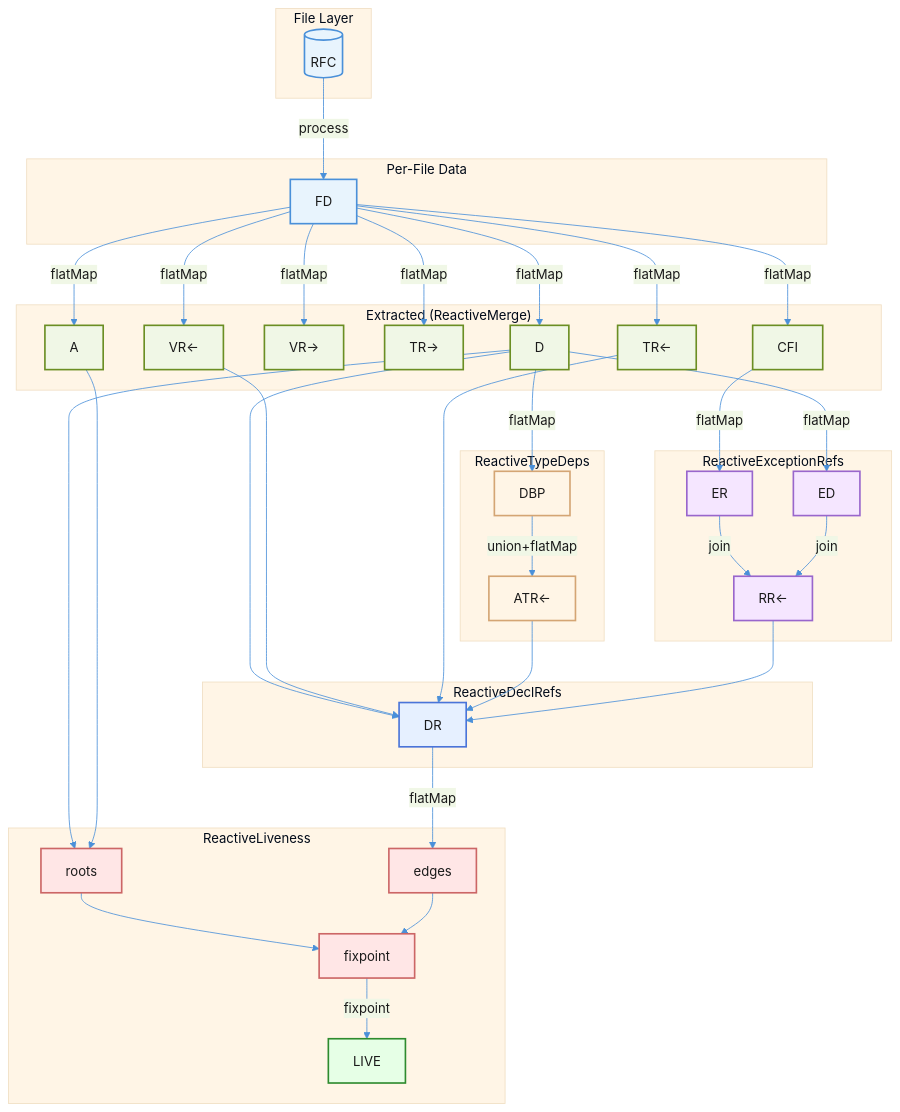
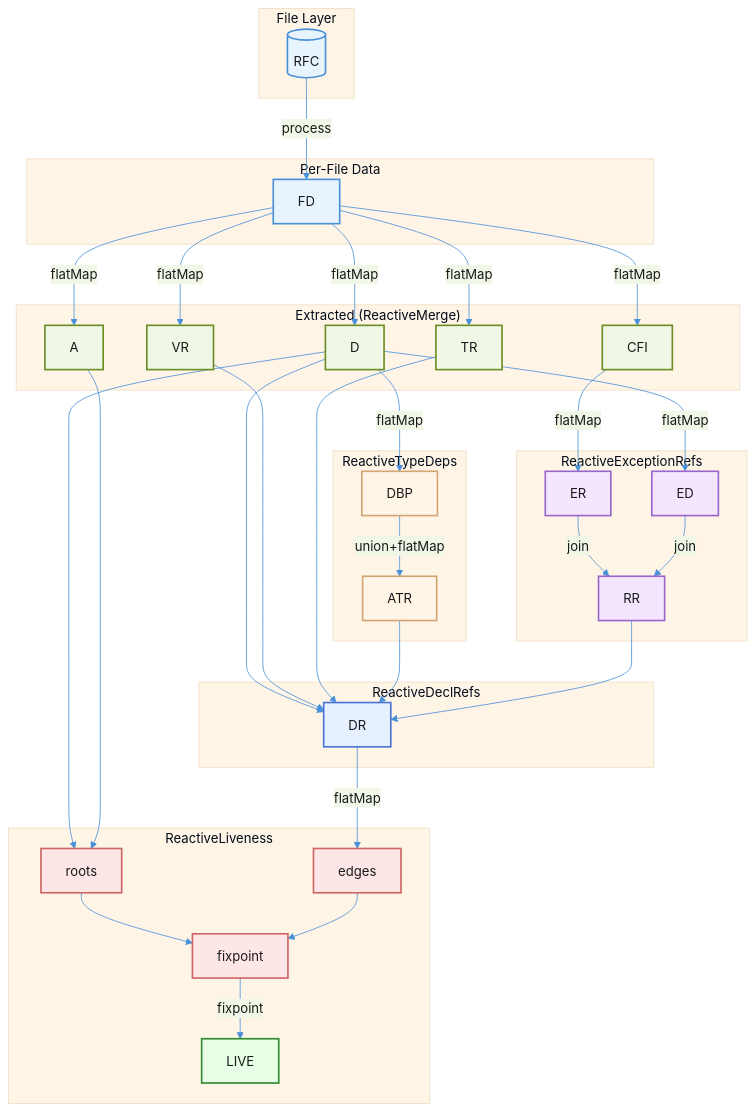
Before and after one commit to rescript-lang/rescript: the diagram in analysis/reanalyze/diagrams/reactive-pipeline.mmd, drawn with Mermaid. The commit also changed 10 other files, not shown here.

```diff
--- a/analysis/reanalyze/diagrams/reactive-pipeline.mmd
+++ b/analysis/reanalyze/diagrams/reactive-pipeline.mmd
@@ -1,88 +1,84 @@
 %%{init: {'theme': 'base', 'themeVariables': { 'primaryColor': '#e8f4fd', 'primaryTextColor': '#1a1a1a', 'primaryBorderColor': '#4a90d9', 'lineColor': '#4a90d9', 'secondaryColor': '#f0f7e6', 'tertiaryColor': '#fff5e6'}}}%%
 flowchart TB
     subgraph FileLayer["File Layer"]
         RFC[("RFC")]
     end
 
     subgraph FileData["Per-File Data"]
         FD["FD"]
     end
 
     subgraph Extracted["Extracted (ReactiveMerge)"]
         DECLS["D"]
         ANNOT["A"]
-        VREFS_TO["VR→"]
-        TREFS_TO["TR→"]
-        VREFS_FROM["VR←"]
-        TREFS_FROM["TR←"]
+        VREFS["VR"]
+        TREFS["TR"]
         CFI["CFI"]
     end
 
     subgraph TypeDeps["ReactiveTypeDeps"]
         DBP["DBP"]
-        ATR["ATR←"]
+        ATR["ATR"]
     end
 
     subgraph ExcDeps["ReactiveExceptionRefs"]
         EXCREF["ER"]
         EXCDECL["ED"]
-        RESOLVED["RR←"]
+        RESOLVED["RR"]
     end
 
     subgraph DeclRefs["ReactiveDeclRefs"]
         DR["DR"]
     end
 
     subgraph Liveness["ReactiveLiveness"]
         ROOTS["roots"]
         EDGES["edges"]
         FP["fixpoint"]
         LIVE["LIVE"]
     end
 
     RFC -->|"process"| FD
     FD -->|"flatMap"| DECLS
     FD -->|"flatMap"| ANNOT
-    FD -->|"flatMap"| VREFS_TO
-    FD -->|"flatMap"| TREFS_TO
-    FD -->|"flatMap"| VREFS_FROM
-    FD -->|"flatMap"| TREFS_FROM
+    FD -->|"flatMap"| VREFS
+    FD -->|"flatMap"| TREFS
     FD -->|"flatMap"| CFI
 
     DECLS -->|"flatMap"| DBP
     DBP -->|"union+flatMap"| ATR
 
     CFI -->|"flatMap"| EXCREF
     DECLS -->|"flatMap"| EXCDECL
     EXCREF -->|"join"| RESOLVED
     EXCDECL -->|"join"| RESOLVED
 
     DECLS --> DR
-    VREFS_FROM --> DR
-    TREFS_FROM --> DR
+    VREFS --> DR
+    TREFS --> DR
     ATR --> DR
     RESOLVED --> DR
 
     DECLS --> ROOTS
     ANNOT --> ROOTS
 
     DR -->|"flatMap"| EDGES
     ROOTS --> FP
     EDGES --> FP
     FP -->|"fixpoint"| LIVE
 
     classDef fileLayer fill:#e8f4fd,stroke:#4a90d9,stroke-width:2px
     classDef extracted fill:#f0f7e6,stroke:#6b8e23,stroke-width:2px
     classDef typeDeps fill:#fff5e6,stroke:#d4a574,stroke-width:2px
     classDef excDeps fill:#f5e6ff,stroke:#9966cc,stroke-width:2px
     classDef declRefs fill:#e6f0ff,stroke:#4a74d9,stroke-width:2px
     classDef liveness fill:#ffe6e6,stroke:#cc6666,stroke-width:2px
     classDef output fill:#e6ffe6,stroke:#2e8b2e,stroke-width:2px
 
     class RFC,FD fileLayer
-    class DECLS,ANNOT,VREFS_TO,TREFS_TO,VREFS_FROM,TREFS_FROM,CFI extracted
+    class DECLS,ANNOT,VREFS,TREFS,CFI extracted
     class DBP,ATR typeDeps
     class EXCREF,EXCDECL,RESOLVED excDeps
     class DR declRefs
     class ROOTS,EDGES,FP liveness
     class LIVE output
```
